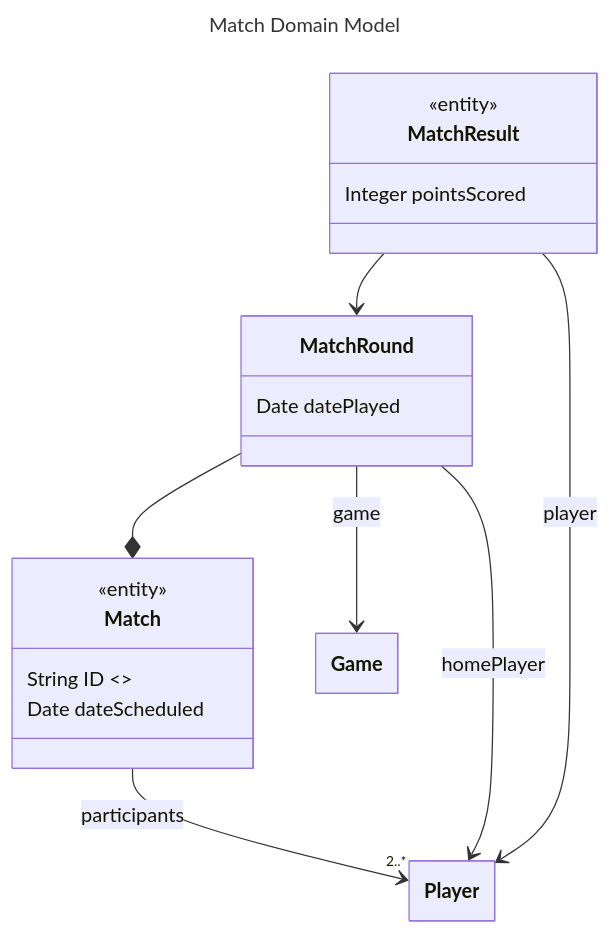
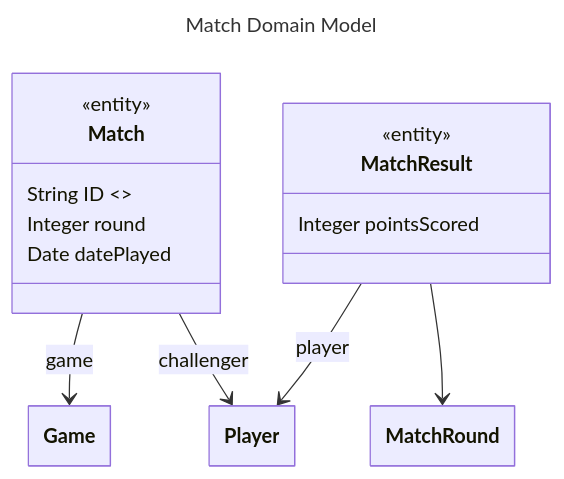
The diagram in design/data/match.md (AdrianMiley/War-Games-League), drawn with Mermaid before and after one commit. The commit also changed 22 other files, not shown here.

````diff
--- a/design/data/match.md
+++ b/design/data/match.md
@@ -9,32 +9,27 @@
 ```mermaid
 ---
   title: Match Domain Model
   config:
     class:
       hideEmptyMembersBox: true
 ---
 %%    namespace "match"
 %%    import "design/data/game/Game" as Game
 %%    import "design/data/player/Player" as Player
 classDiagram
     class Match{
         <<entity>>
         String ID <<key>>
-        Date dateScheduled
-    }
-    Match --> "2..*" Player : participants
-    
-    class MatchRound{
+        Integer round
         Date datePlayed        
     }
-    MatchRound --> Player : homePlayer
-    MatchRound --* Match
-    MatchRound --> Game : game
+    Match --> Game : game
+    Match --> Player : challenger
     
     class MatchResult {
         <<entity>>
         Integer pointsScored
     }
     MatchResult --> Player : player
     MatchResult --> MatchRound
 ```
````
